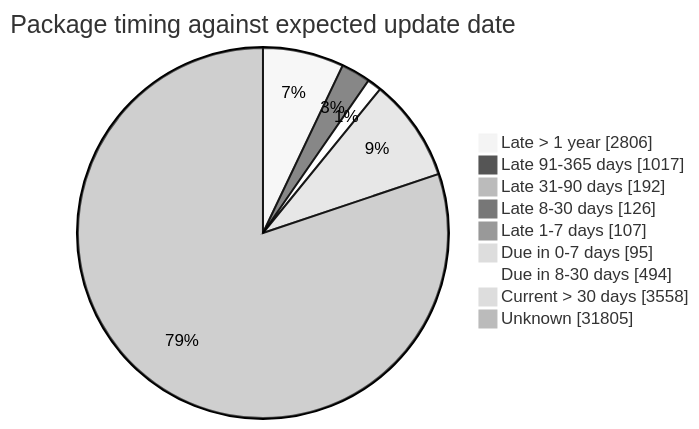
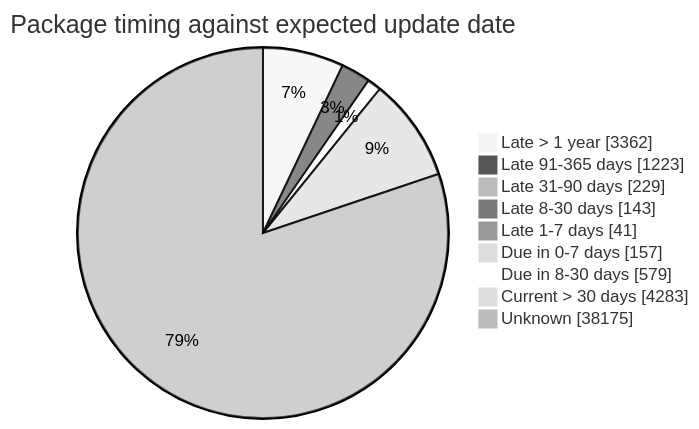
Before and after one commit to open-data/analytics-corporate-reporting: the fourth of 5 diagrams in FreshCheck/README.md, drawn with Mermaid (neutral theme). The commit also changed other lines of this file and 3 other files, not shown here.

````diff
--- a/FreshCheck/README.md
+++ b/FreshCheck/README.md
@@ -86,12 +86,12 @@
 ```mermaid
 pie showData title Package timing against expected update date
-    "Late > 1 year": 2806
-    "Late 91-365 days": 1017
-    "Late 31-90 days": 192
-    "Late 8-30 days": 126
-    "Late 1-7 days": 107
-    "Due in 0-7 days": 95
-    "Due in 8-30 days": 494
-    "Current > 30 days": 3558
-    "Unknown": 31805
+    "Late > 1 year": 3362
+    "Late 91-365 days": 1223
+    "Late 31-90 days": 229
+    "Late 8-30 days": 143
+    "Late 1-7 days": 41
+    "Due in 0-7 days": 157
+    "Due in 8-30 days": 579
+    "Current > 30 days": 4283
+    "Unknown": 38175
 ```
````
